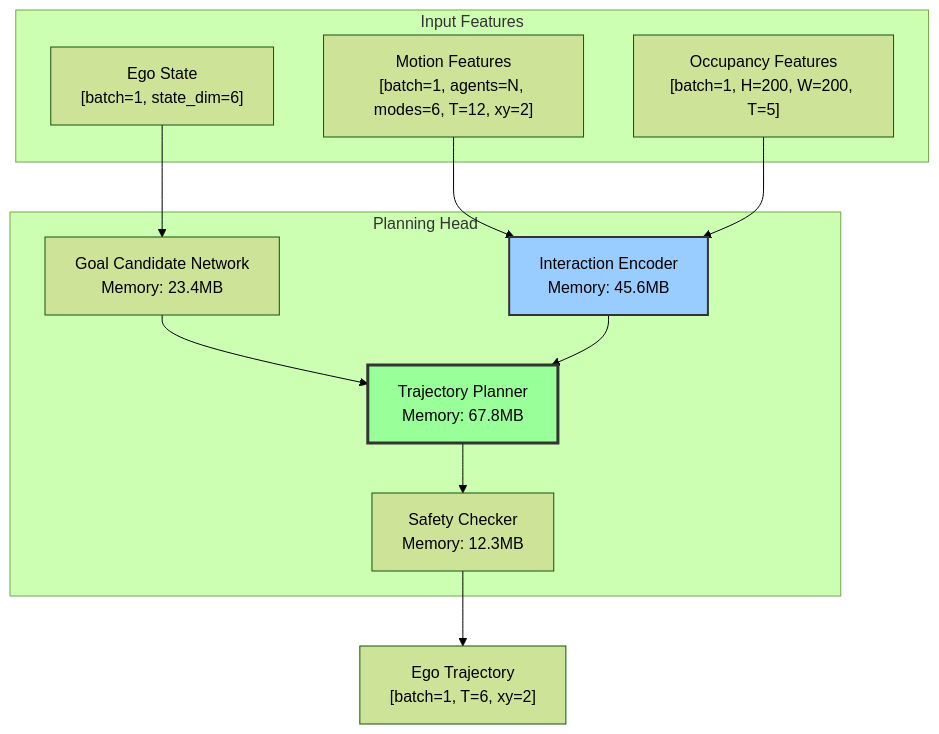
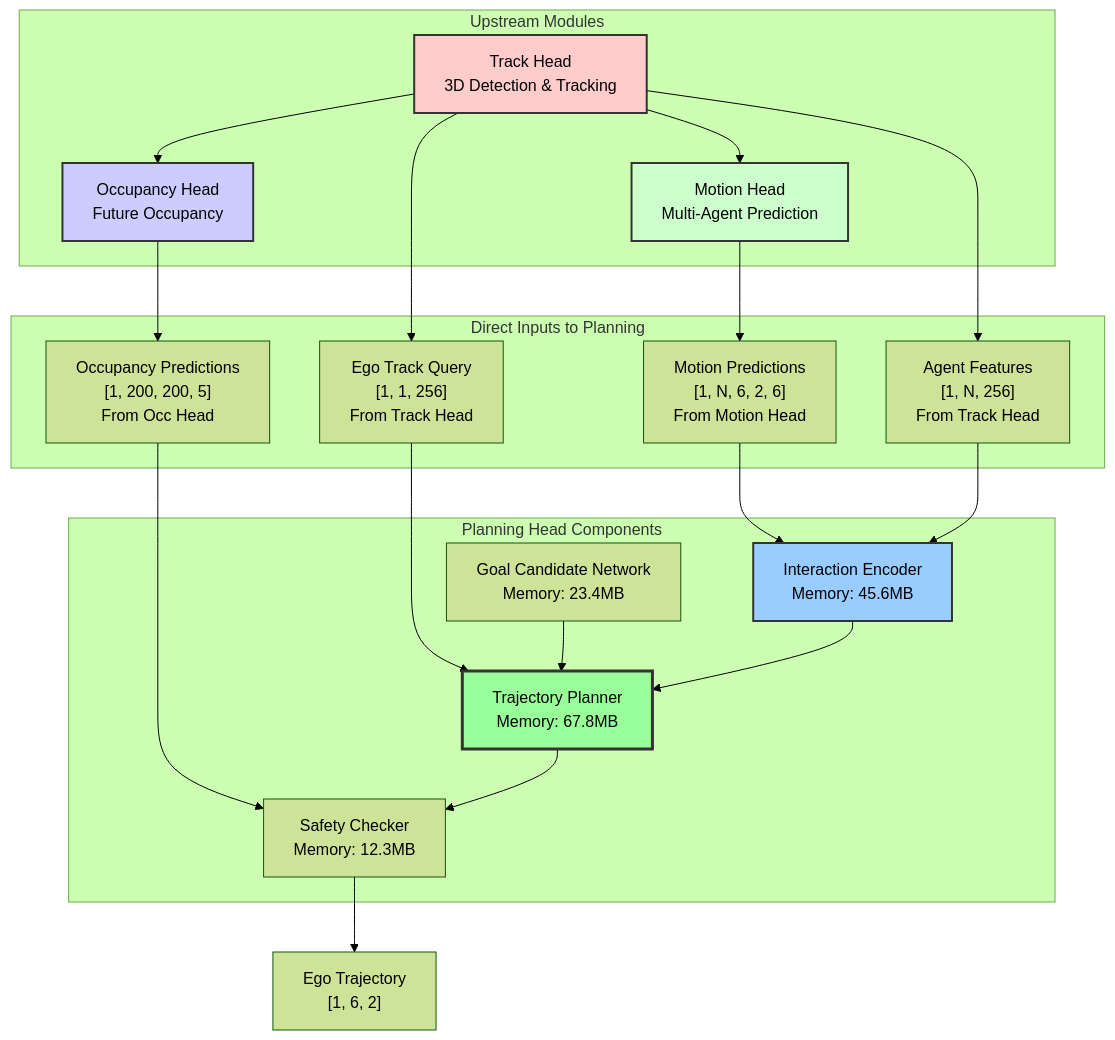
Before and after one commit to litanlitudan/UniAD: the first of 8 diagrams in tools/pytorch_op_tracer/reports/task_heads/planning_head_report.md, drawn with Mermaid (forest theme). The commit also changed other lines of this file and 1 other file, not shown here.

Commit message:
feat: enhance SPEC.md and planning_head_report.md with detailed tensor shape tracking and visualization for Planning Head inputs

````diff
--- a/tools/pytorch_op_tracer/reports/task_heads/planning_head_report.md
+++ b/tools/pytorch_op_tracer/reports/task_heads/planning_head_report.md
@@ -24,27 +24,46 @@
 ```mermaid
 graph TB
-    subgraph "Input Features"
-        Motion["Motion Features<br/>[batch=1, agents=N, modes=6, T=12, xy=2]"]
-        Occ["Occupancy Features<br/>[batch=1, H=200, W=200, T=5]"]
-        Ego["Ego State<br/>[batch=1, state_dim=6]"]
+    subgraph "Upstream Modules"
+        TrackHead["Track Head<br/>3D Detection & Tracking"]
+        MotionHead["Motion Head<br/>Multi-Agent Prediction"]
+        OccHead["Occupancy Head<br/>Future Occupancy"]
     end
     
-    subgraph "Planning Head"
+    subgraph "Direct Inputs to Planning"
+        Motion["Motion Predictions<br/>[1, N, 6, 2, 6]<br/>From Motion Head"]
+        Occ["Occupancy Predictions<br/>[1, 200, 200, 5]<br/>From Occ Head"]
+        AgentFeatures["Agent Features<br/>[1, N, 256]<br/>From Track Head"]
+        EgoFeature["Ego Track Query<br/>[1, 1, 256]<br/>From Track Head"]
+    end
+    
+    subgraph "Planning Head Components"
         GCN["Goal Candidate Network<br/>Memory: 23.4MB"]
         IE["Interaction Encoder<br/>Memory: 45.6MB"]
         TP["Trajectory Planner<br/>Memory: 67.8MB"]
         SC["Safety Checker<br/>Memory: 12.3MB"]
     end
     
+    TrackHead --> AgentFeatures
+    TrackHead --> EgoFeature
+    TrackHead --> MotionHead
+    TrackHead --> OccHead
+    MotionHead --> Motion
+    OccHead --> Occ
+    
     Motion --> IE
-    Occ --> IE
-    Ego --> GCN
+    Occ --> SC
+    AgentFeatures --> IE
+    EgoFeature --> TP
+    
     GCN --> TP
     IE --> TP
     TP --> SC
     
-    SC --> Output["Ego Trajectory<br/>[batch=1, T=6, xy=2]"]
+    SC --> Output["Ego Trajectory<br/>[1, 6, 2]"]
     
+    style TrackHead fill:#ffcccc,stroke:#333,stroke-width:2px
+    style MotionHead fill:#ccffcc,stroke:#333,stroke-width:2px
+    style OccHead fill:#ccccff,stroke:#333,stroke-width:2px
     style TP fill:#99ff99,stroke:#333,stroke-width:3px
     style IE fill:#99ccff,stroke:#333,stroke-width:2px
 ```
````
